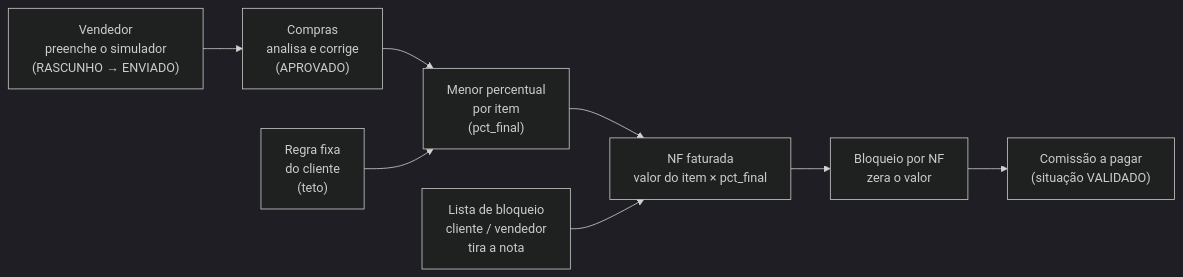
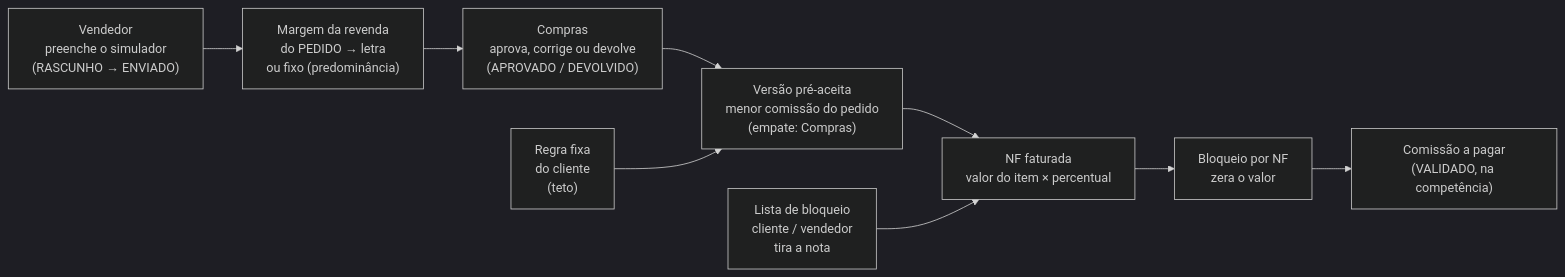
The diagram in 03-Sistemas/Comissao/Partes/01-Motor-Atual-Como-Calcula-Detalhe-Tecnico-1.md (pablo-cruzbr/vault-avhub-mer), drawn with Mermaid (dark theme) before and after one commit. The commit also changed other lines of this file and 2 other files, not shown here.

Commit message:
docs(comissao): motor atual por pedido, predominância, trava e pré-aceita (R17 e R18 na parte 2)

````diff
--- a/03-Sistemas/Comissao/Partes/01-Motor-Atual-Como-Calcula-Detalhe-Tecnico-1.md
+++ b/03-Sistemas/Comissao/Partes/01-Motor-Atual-Como-Calcula-Detalhe-Tecnico-1.md
@@ -33,10 +33,11 @@
 ```mermaid
 flowchart LR
-    V["Vendedor<br/>preenche o simulador<br/>(RASCUNHO → ENVIADO)"] --> C["Compras<br/>analisa e corrige<br/>(APROVADO)"]
-    C --> M["Menor percentual<br/>por item<br/>(pct_final)"]
+    V["Vendedor<br/>preenche o simulador<br/>(RASCUNHO → ENVIADO)"] --> P["Margem da revenda<br/>do PEDIDO → letra<br/>ou fixo (predominância)"]
+    P --> C["Compras<br/>aprova, corrige ou devolve<br/>(APROVADO / DEVOLVIDO)"]
+    C --> M["Versão pré-aceita<br/>menor comissão do pedido<br/>(empate: Compras)"]
     R["Regra fixa<br/>do cliente<br/>(teto)"] --> M
-    M --> F["NF faturada<br/>valor do item × pct_final"]
+    M --> F["NF faturada<br/>valor do item × percentual"]
     F --> B["Bloqueio por NF<br/>zera o valor"]
     L["Lista de bloqueio<br/>cliente / vendedor<br/>tira a nota"] --> F
-    B --> P["Comissão a pagar<br/>(situação VALIDADO)"]
+    B --> PG["Comissão a pagar<br/>(VALIDADO, na competência)"]
 ```
````
